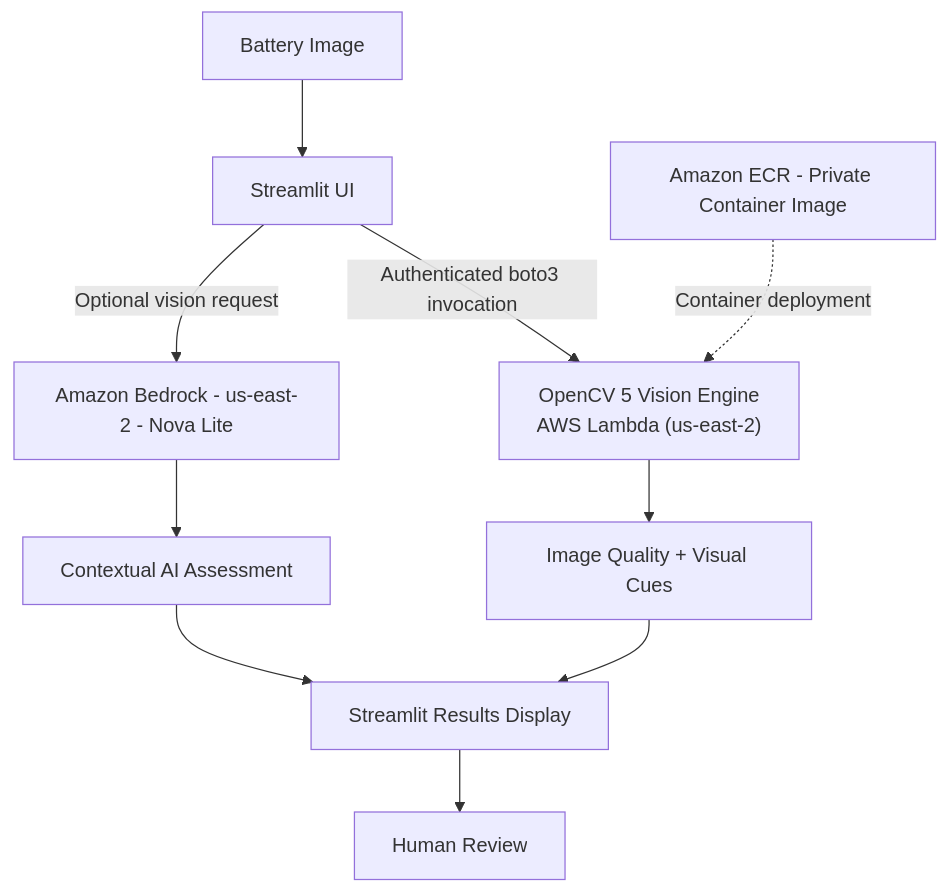
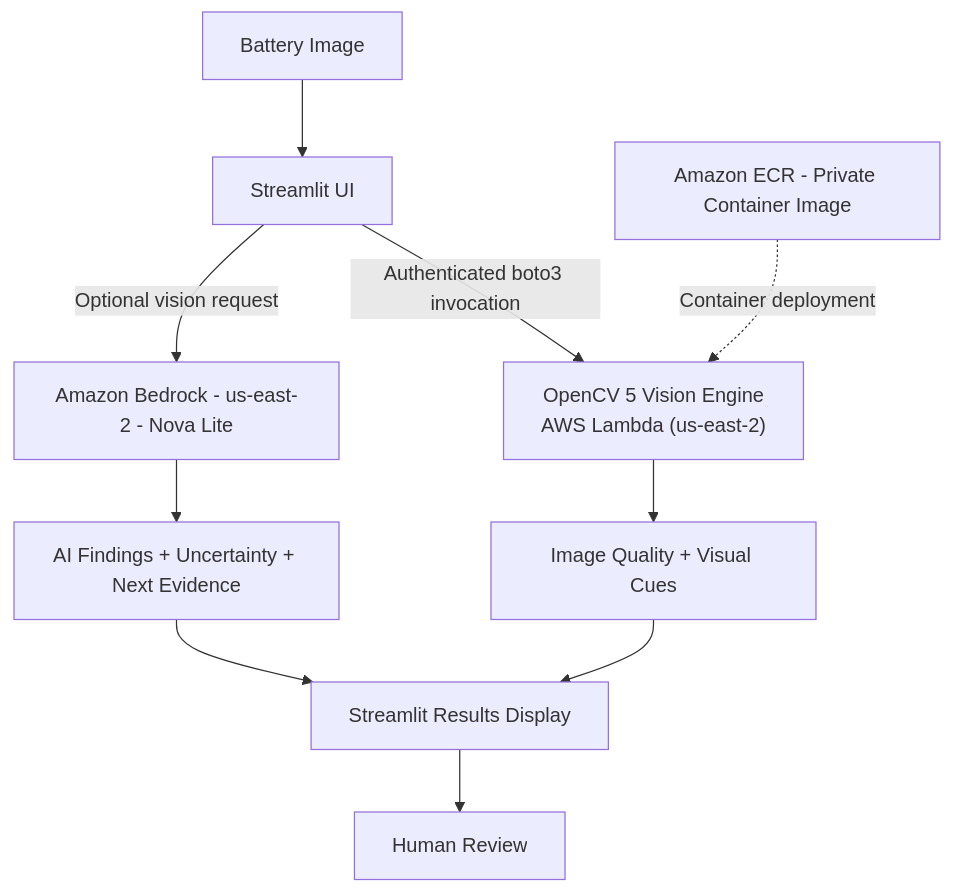
The diagram in ARCHITECTURE.md (binvin/BatteryGuard-Vision), drawn with Mermaid before and after one commit. The commit also changed other lines of this file, not shown here.

````diff
--- a/ARCHITECTURE.md
+++ b/ARCHITECTURE.md
@@ -13,21 +13,21 @@
 ```mermaid
 flowchart TD
     A["Battery Image"]
     B["Streamlit UI"]
 
     A --> B
 
     B -->|"Authenticated boto3 invocation"| C["OpenCV 5 Vision Engine
 AWS Lambda (us-east-2)"]
     B -->|"Optional vision request"| D["Amazon Bedrock - us-east-2 - Nova Lite"]
 
     E["Amazon ECR - Private Container Image"] -.->|"Container deployment"| C
 
     C --> F["Image Quality + Visual Cues"]
-    D --> G["Contextual AI Assessment"]
+    D --> G["AI Findings + Uncertainty + Next Evidence"]
 
     F --> H["Streamlit Results Display"]
     G --> H
 
     H --> I["Human Review"]
 ```
````
